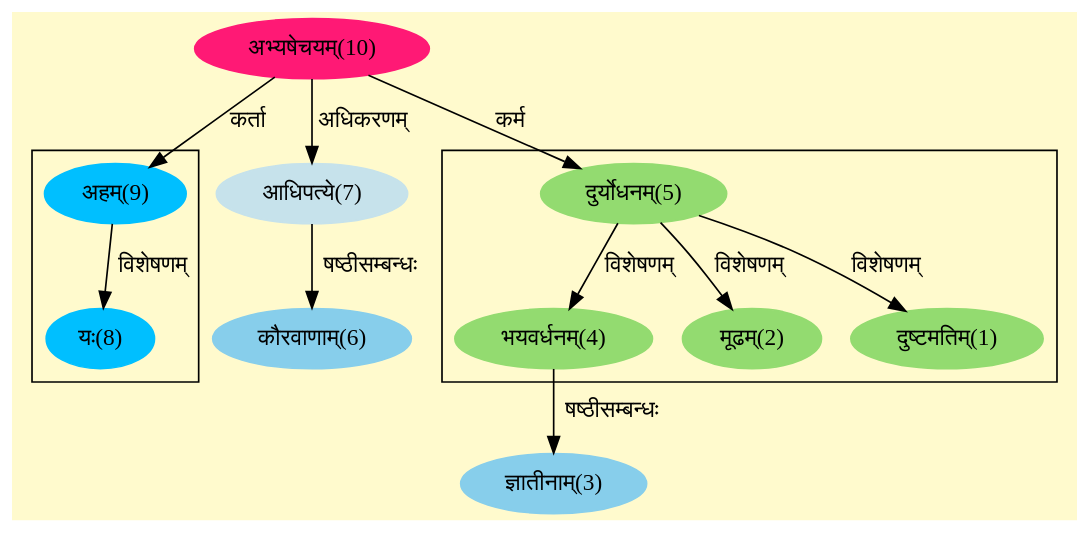
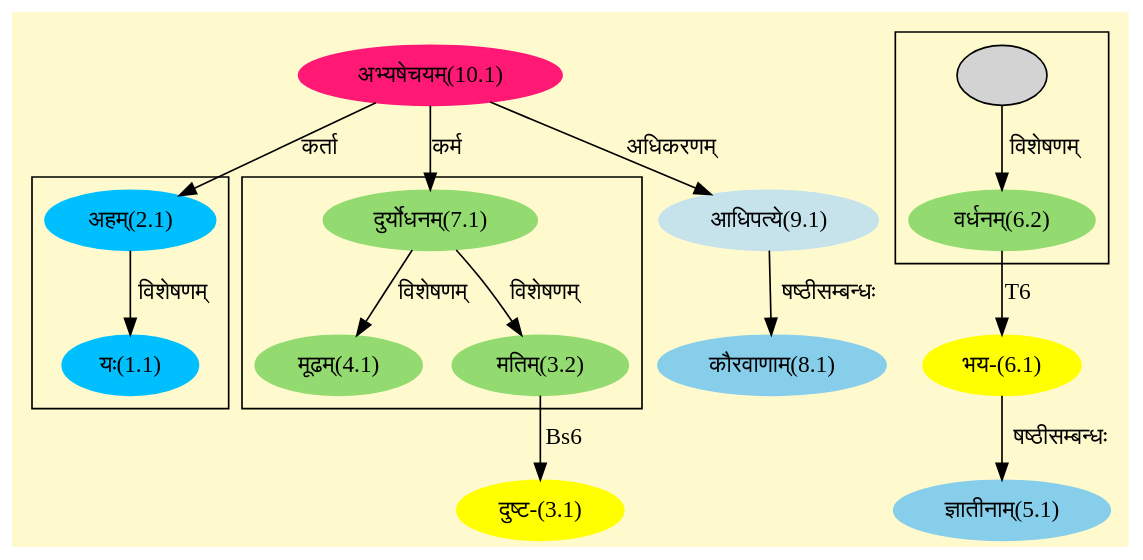
The diagram in assets/graphs/05_002_1.dot (ska-mahe-blr/ska-ereader.github.io), drawn with Graphviz before and after one commit. The commit also changed 1152 other files, not shown here.

```diff
--- a/assets/graphs/05_002_1.dot
+++ b/assets/graphs/05_002_1.dot
@@ -1,37 +1,47 @@
 digraph G{
 rankdir=BT;
  compound=true;
  bgcolor="lemonchiffon1";
 
 subgraph cluster_1{
-Node1 [style=filled, color="#93DB70" label = "दुष्टमतिम्(1)"]
-Node5 [style=filled, color="#93DB70" label = "दुर्योधनम्(5)"]
-Node2 [style=filled, color="#93DB70" label = "मूढम्(2)"]
-Node4 [style=filled, color="#93DB70" label = "भयवर्धनम्(4)"]
+Node1_1 [style=filled, color="#00BFFF" label = "यः(1.1)"]
+Node2_1 [style=filled, color="#00BFFF" label = "अहम्(2.1)"]
 
 }
 
 subgraph cluster_2{
-Node8 [style=filled, color="#00BFFF" label = "यः(8)"]
-Node9 [style=filled, color="#00BFFF" label = "अहम्(9)"]
+Node3_2 [style=filled, color="#93DB70" label = "मतिम्(3.2)"]
+Node7_1 [style=filled, color="#93DB70" label = "दुर्योधनम्(7.1)"]
+Node4_1 [style=filled, color="#93DB70" label = "मूढम्(4.1)"]
 
 }
-Node3 [style=filled, color="#87CEEB" label = "ज्ञातीनाम्(3)"]
-Node4 [style=filled, color="#93DB70" label = "भयवर्धनम्(4)"]
-Node5 [style=filled, color="#93DB70" label = "दुर्योधनम्(5)"]
-Node10 [style=filled, color="#FF1975" label = "अभ्यषेचयम्(10)"]
-Node6 [style=filled, color="#87CEEB" label = "कौरवाणाम्(6)"]
-Node7 [style=filled, color="#C6E2EB" label = "आधिपत्ये(7)"]
-Node9 [style=filled, color="#00BFFF" label = "अहम्(9)"]
+
+subgraph cluster_3{
+Node6_2 [style=filled, color="#93DB70" label = "वर्धनम्(6.2)"]
+Node5 [style=filled, color="" label = ""]
+
+}
+Node2_1 [style=filled, color="#00BFFF" label = "अहम्(2.1)"]
+Node10_1 [style=filled, color="#FF1975" label = "अभ्यषेचयम्(10.1)"]
+Node3_1 [style=filled, color="#FFFF00" label = "दुष्ट-(3.1)"]
+Node3_2 [style=filled, color="#93DB70" label = "मतिम्(3.2)"]
+Node5_1 [style=filled, color="#87CEEB" label = "ज्ञातीनाम्(5.1)"]
+Node6_1 [style=filled, color="#FFFF00" label = "भय-(6.1)"]
+Node6_2 [style=filled, color="#93DB70" label = "वर्धनम्(6.2)"]
+Node7_1 [style=filled, color="#93DB70" label = "दुर्योधनम्(7.1)"]
+Node8_1 [style=filled, color="#87CEEB" label = "कौरवाणाम्(8.1)"]
+Node9_1 [style=filled, color="#C6E2EB" label = "आधिपत्ये(9.1)"]
 /* Start of Relations section */
 
-Node1 -> Node5 [  label="विशेषणम्"  dir="back" ]
-Node2 -> Node5 [  label="विशेषणम्"  dir="back" ]
-Node3 -> Node4 [  label="षष्ठीसम्बन्धः"  dir="back" ]
-Node4 -> Node5 [  label="विशेषणम्"  dir="back" ]
-Node5 -> Node10 [  label="कर्म"  dir="back" ]
-Node6 -> Node7 [  label="षष्ठीसम्बन्धः"  dir="back" ]
-Node7 -> Node10 [  label="अधिकरणम्"  dir="back" ]
-Node8 -> Node9 [  label="विशेषणम्"  dir="back" ]
-Node9 -> Node10 [  label="कर्ता"  dir="back" ]
+Node1_1 -> Node2_1 [  label="विशेषणम्"  dir="back" ]
+Node2_1 -> Node10_1 [  label="कर्ता"  dir="back" ]
+Node3_1 -> Node3_2 [  label="Bs6"  dir="back" ]
+Node3_2 -> Node7_1 [  label="विशेषणम्"  dir="back" ]
+Node4_1 -> Node7_1 [  label="विशेषणम्"  dir="back" ]
+Node5_1 -> Node6_1 [  label="षष्ठीसम्बन्धः"  dir="back" ]
+Node6_1 -> Node6_2 [  label="T6"  dir="back" ]
+Node6_2 -> Node5 [  label="विशेषणम्"  dir="back" ]
+Node7_1 -> Node10_1 [  label="कर्म"  dir="back" ]
+Node8_1 -> Node9_1 [  label="षष्ठीसम्बन्धः"  dir="back" ]
+Node9_1 -> Node10_1 [  label="अधिकरणम्"  dir="back" ]
 }
```
